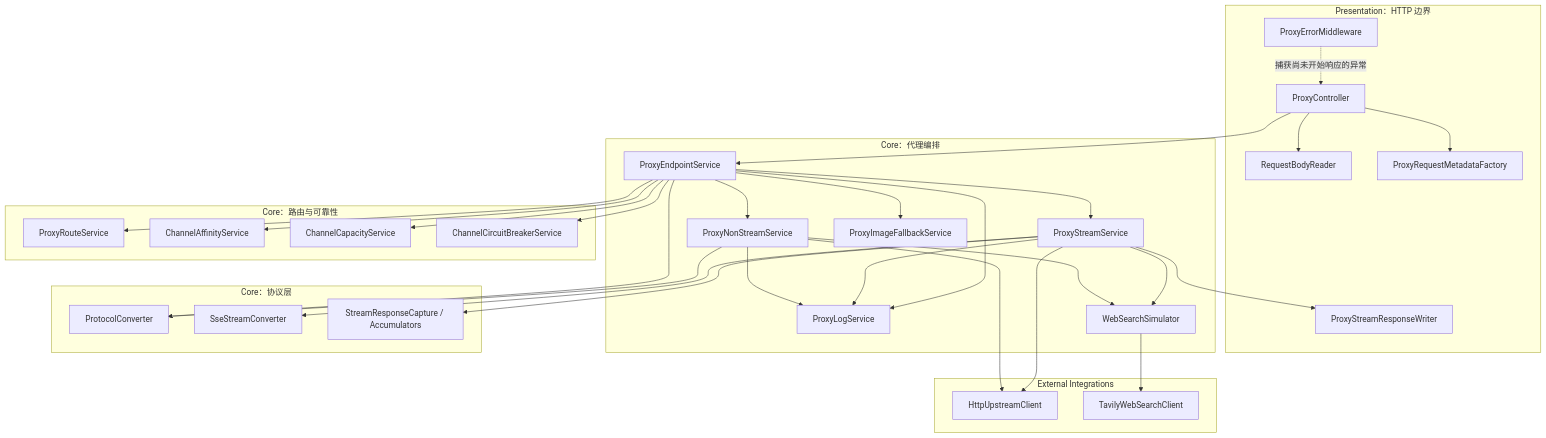
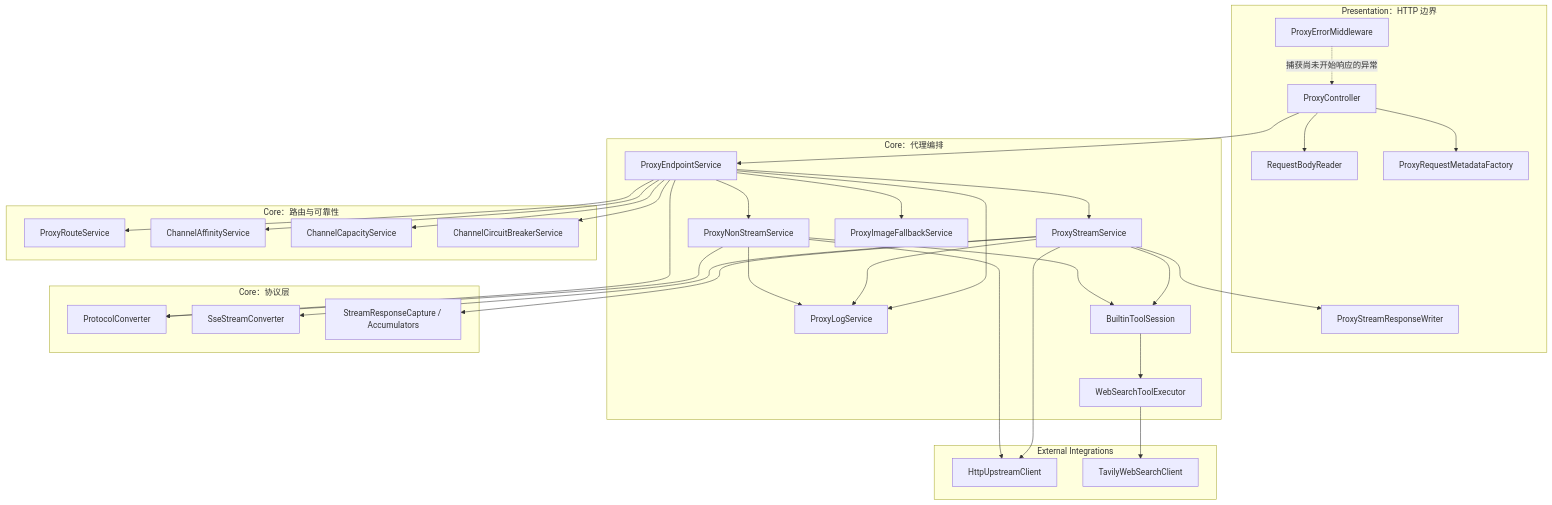
The first of 7 diagrams in doc/proxy-conversion/01-overview/02-architecture-and-end-to-end-flow.md (shL1481558059/OpenCodex), drawn with Mermaid before and after one commit. The commit also changed other lines of this file and 56 other files, not shown here.

````diff
--- a/doc/proxy-conversion/01-overview/02-architecture-and-end-to-end-flow.md
+++ b/doc/proxy-conversion/01-overview/02-architecture-and-end-to-end-flow.md
@@ -28,62 +28,64 @@
 ```mermaid
 flowchart TB
     subgraph Presentation["Presentation：HTTP 边界"]
         PC["ProxyController"]
         RBR["RequestBodyReader"]
         PMF["ProxyRequestMetadataFactory"]
         PSW["ProxyStreamResponseWriter"]
         PEM["ProxyErrorMiddleware"]
     end
 
     subgraph Orchestration["Core：代理编排"]
         PES["ProxyEndpointService"]
         PNS["ProxyNonStreamService"]
         PSS["ProxyStreamService"]
         PLS["ProxyLogService"]
         PIF["ProxyImageFallbackService"]
-        WSS["WebSearchSimulator"]
+        WSS["BuiltinToolSession"]
+        WSE["WebSearchToolExecutor"]
     end
 
     subgraph Routing["Core：路由与可靠性"]
         PRS["ProxyRouteService"]
         CAS["ChannelAffinityService"]
         CCS["ChannelCapacityService"]
         CBS["ChannelCircuitBreakerService"]
     end
 
     subgraph Protocols["Core：协议层"]
         PCV["ProtocolConverter"]
         SSC["SseStreamConverter"]
         SRC["StreamResponseCapture / Accumulators"]
     end
 
     subgraph External["External Integrations"]
         HUC["HttpUpstreamClient"]
         TAV["TavilyWebSearchClient"]
     end
 
     PC --> RBR
     PC --> PMF
     PC --> PES
     PES --> PRS
     PES --> CAS
     PES --> CCS
     PES --> CBS
     PES --> PIF
     PES --> PCV
     PES --> PNS
     PES --> PSS
     PNS --> HUC
     PNS --> PCV
     PNS --> WSS
     PSS --> HUC
     PSS --> SSC
     PSS --> SRC
     PSS --> WSS
-    WSS --> TAV
+    WSS --> WSE
+    WSE --> TAV
     PNS --> PLS
     PSS --> PLS
     PES --> PLS
     PSS --> PSW
     PEM -. "捕获尚未开始响应的异常" .-> PC
 ```
````
